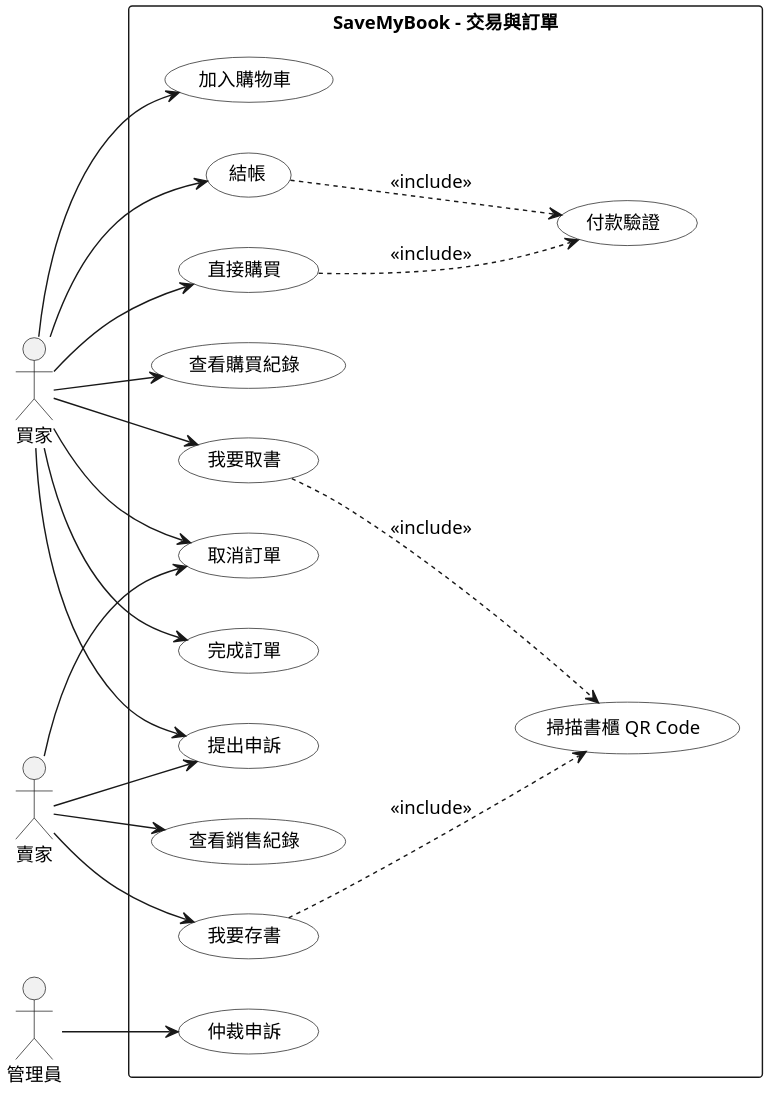
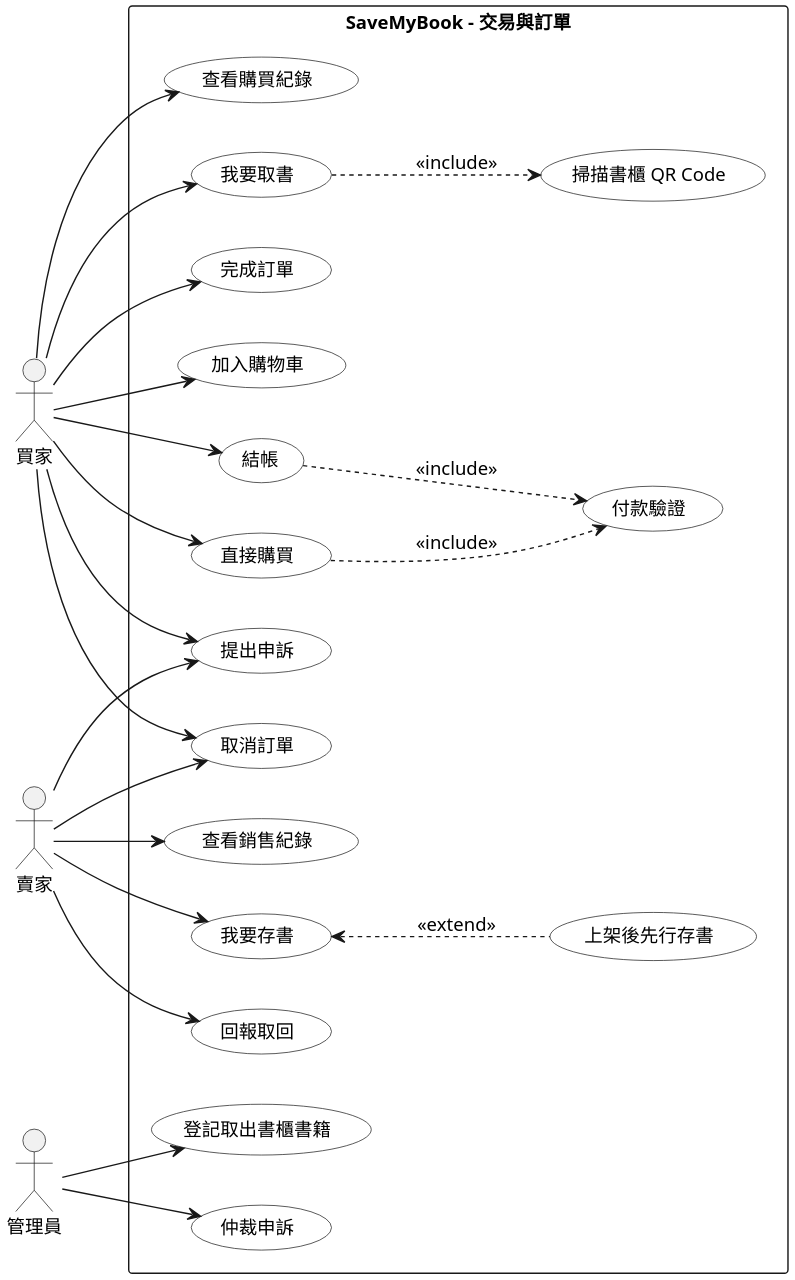
Before and after one commit to SaveMyBook/SaveMyBook: the diagram in Diagrams/Use Case/v3/uc_orders.puml, drawn with PlantUML. The commit also changed 367 other files, not shown here.

```diff
--- a/Diagrams/Use Case/v3/uc_orders.puml
+++ b/Diagrams/Use Case/v3/uc_orders.puml
@@ -1,49 +1,54 @@
 @startuml
 skinparam monochrome true
 skinparam shadowing false
 skinparam dpi 220
 skinparam defaultFontName "PingFang TC"
 skinparam defaultFontSize 13
 skinparam usecase {
   BackgroundColor white
 }
 left to right direction
 
 actor 買家
 actor 賣家
 actor 管理員
 
 rectangle "SaveMyBook - 交易與訂單" {
   usecase "加入購物車" as cart
   usecase "結帳" as checkout
   usecase "直接購買" as buynow
   usecase "付款驗證" as verify
   usecase "查看購買紀錄" as history
   usecase "我要取書" as pickup
   usecase "掃描書櫃 QR Code" as scan
   usecase "完成訂單" as complete
   usecase "提出申訴" as dispute
   usecase "查看銷售紀錄" as sales
   usecase "我要存書" as deposit
+  usecase "上架後先行存書" as predeposit
+  usecase "回報取回" as retrieve
   usecase "取消訂單" as cancel
   usecase "仲裁申訴" as arbitrate
+  usecase "登記取出書櫃書籍" as clear
 }
 
 買家 --> cart
 買家 --> checkout
 買家 --> buynow
 買家 --> history
 買家 --> pickup
 買家 --> complete
 買家 --> dispute
 買家 --> cancel
 checkout ..> verify : <<include>>
 buynow ..> verify : <<include>>
 pickup ..> scan : <<include>>
 賣家 --> sales
 賣家 --> deposit
+deposit <.. predeposit : <<extend>>
+賣家 --> retrieve
 賣家 --> cancel
 賣家 --> dispute
-deposit ..> scan : <<include>>
 管理員 --> arbitrate
+管理員 --> clear
 @enduml
```
